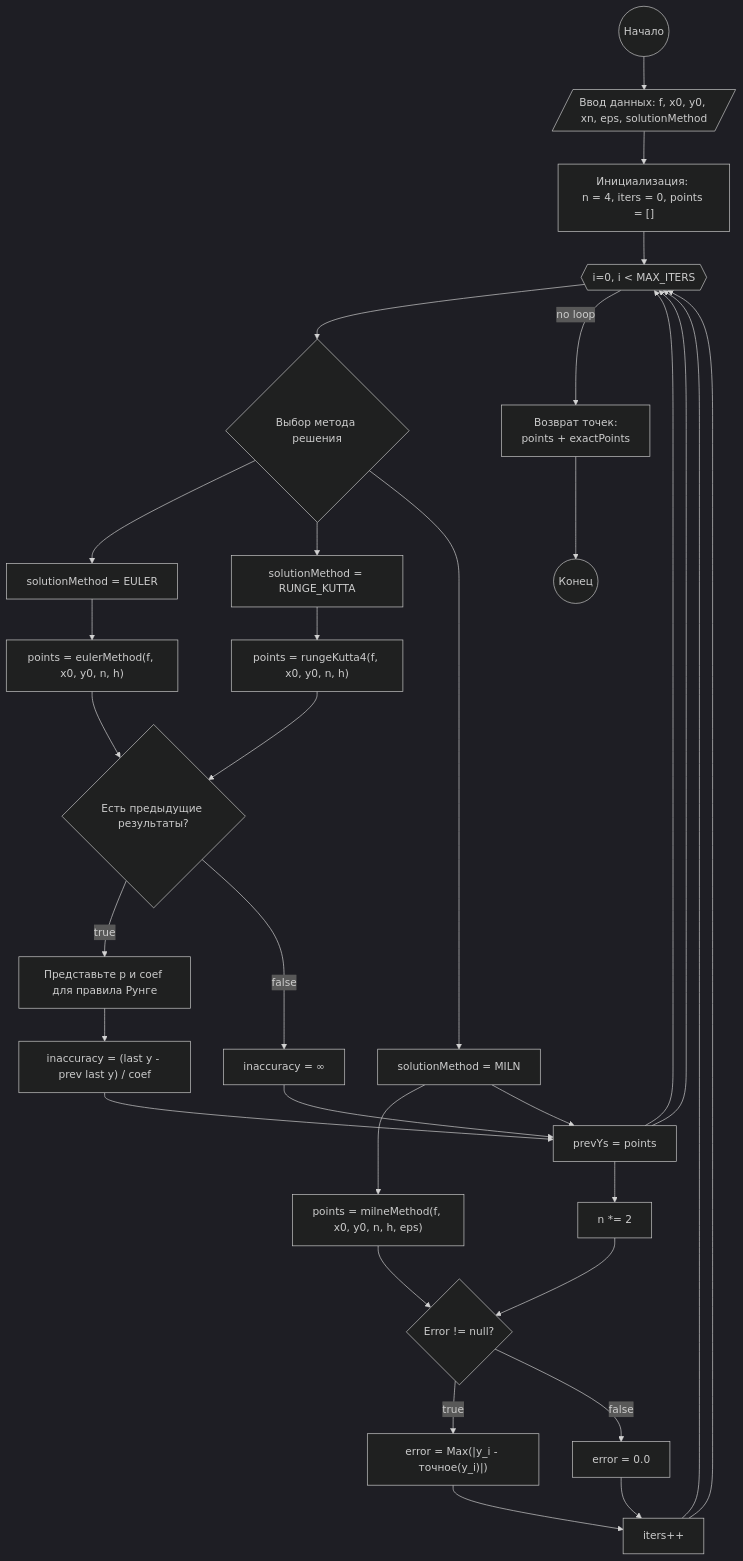
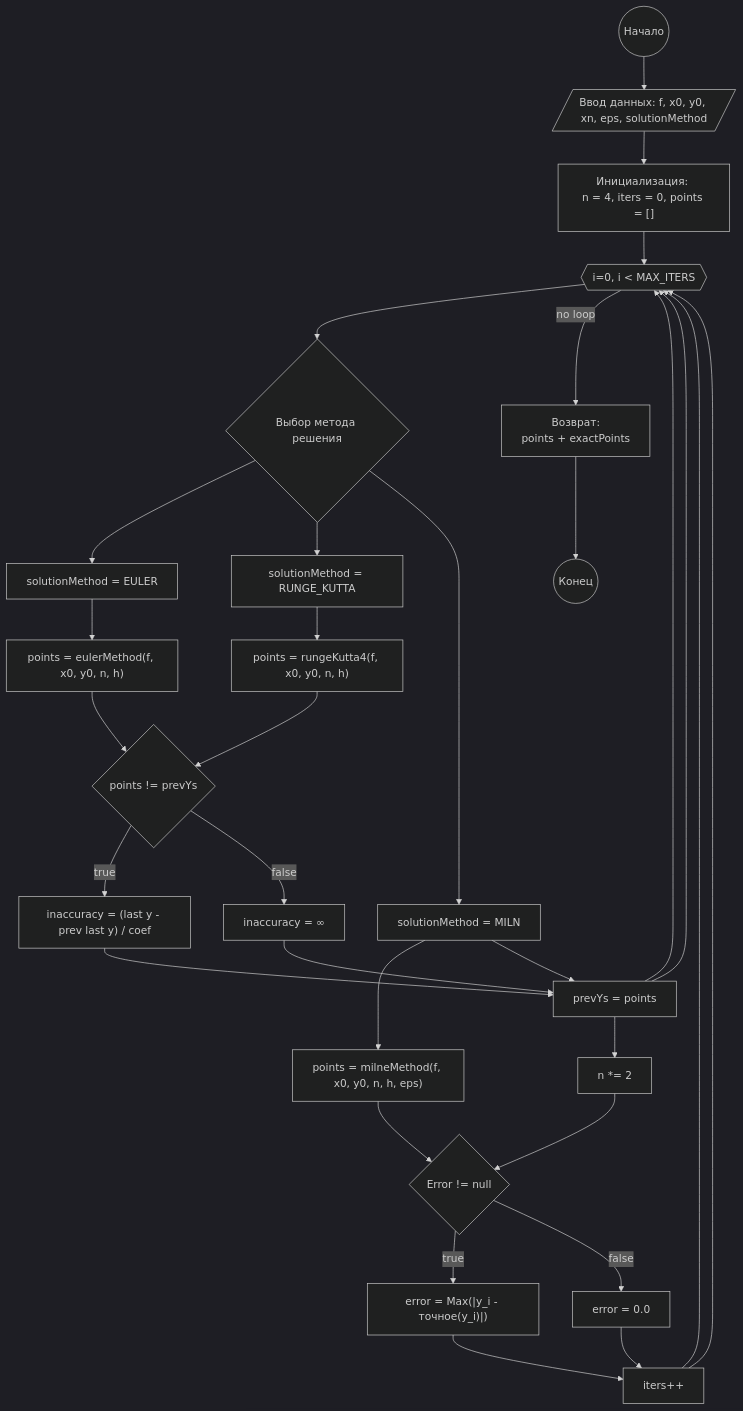
Before and after one commit to arekalov/CompMat-lab6: the diagram in docs/schemes/solver.mmd, drawn with Mermaid (dark theme). The commit also changed 3 other files, not shown here.

```diff
--- a/docs/schemes/solver.mmd
+++ b/docs/schemes/solver.mmd
@@ -1,45 +1,44 @@
 graph TD
     A(("Начало"))
     B[/"Ввод данных: f, x0, y0, xn, eps, solutionMethod"/]
     C["Инициализация: \nn = 4, iters = 0, points = []"]
     D{{"i=0, i < MAX_ITERS"}}
 
     CHOICE{"Выбор метода решения"}
     METHOD1["solutionMethod = EULER"]
     METHOD2["solutionMethod = RUNGE_KUTTA"]
     METHOD3["solutionMethod = MILN"]
 
     RUN_EULER["points = eulerMethod(f, x0, y0, n, h)"]
     RUN_RUNGE_KUTTA["points = rungeKutta4(f, x0, y0, n, h)"]
     RUN_MILN["points = milneMethod(f, x0, y0, n, h, eps)"]
 
-    IF_PREV{"Есть предыдущие результаты?"}
-    COEF["Представьте p и coef для правила Рунге"]
+    IF_PREV{"points != prevYs"}
     CHECK_INACCURACY1["inaccuracy = (last y - prev last y) / coef"]
     CHECK_INACCURACY2["inaccuracy = ∞"]
 
     UPDATE["prevYs = points"]
     DOUBLE_N["n *= 2"]
     INC_ITER["iters++"]
 
-    CHECK_ERROR{"Error != null?"}
+    CHECK_ERROR{"Error != null"}
     ERROR1["error = Max(|y_i - точное(y_i)|)"]
     ERROR2["error = 0.0"]
 
-    RETURN_POINTS["Возврат точек: \n points + exactPoints"]
+    RETURN_POINTS["Возврат: \n points + exactPoints"]
     E(("Конец"))
 
     A --> B --> C --> D --> CHOICE
     CHOICE --> METHOD1 --> RUN_EULER --> IF_PREV
     CHOICE --> METHOD2 --> RUN_RUNGE_KUTTA --> IF_PREV
     CHOICE --> METHOD3 --> RUN_MILN --> CHECK_ERROR
 
-    IF_PREV -- true --> COEF --> CHECK_INACCURACY1 --> UPDATE --> D
+    IF_PREV -- true  --> CHECK_INACCURACY1 --> UPDATE --> D
     IF_PREV -- false --> CHECK_INACCURACY2 --> UPDATE --> D
 
     METHOD3 --> UPDATE --> DOUBLE_N --> CHECK_ERROR
 
     CHECK_ERROR -- true --> ERROR1 --> INC_ITER --> D
     CHECK_ERROR -- false --> ERROR2 --> INC_ITER --> D
 
     D -- no loop --> RETURN_POINTS --> E
```
